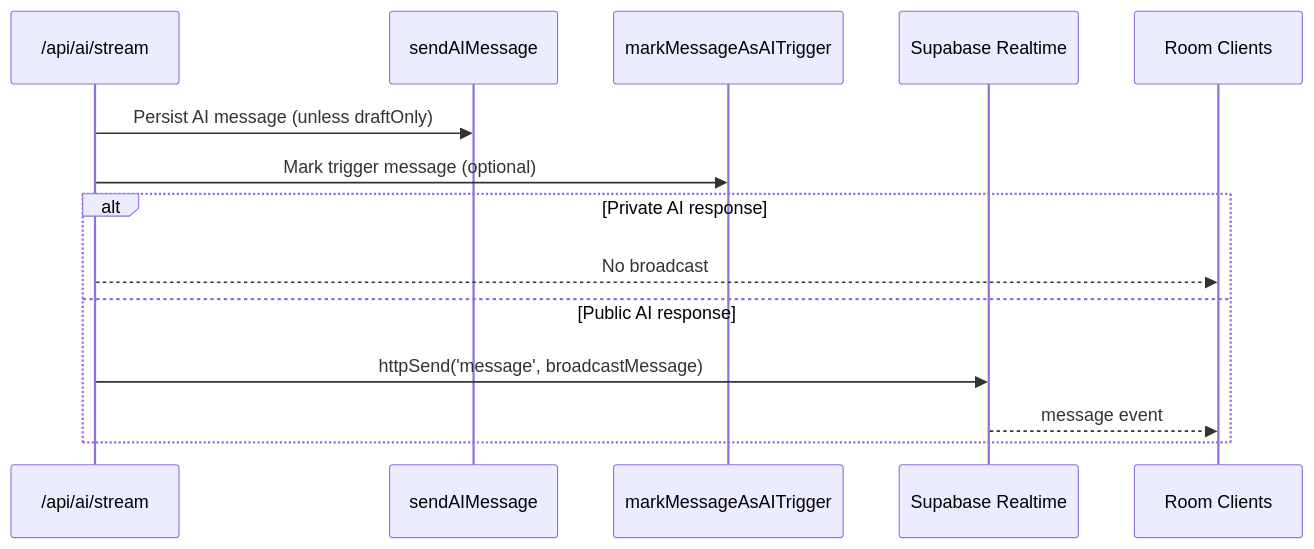
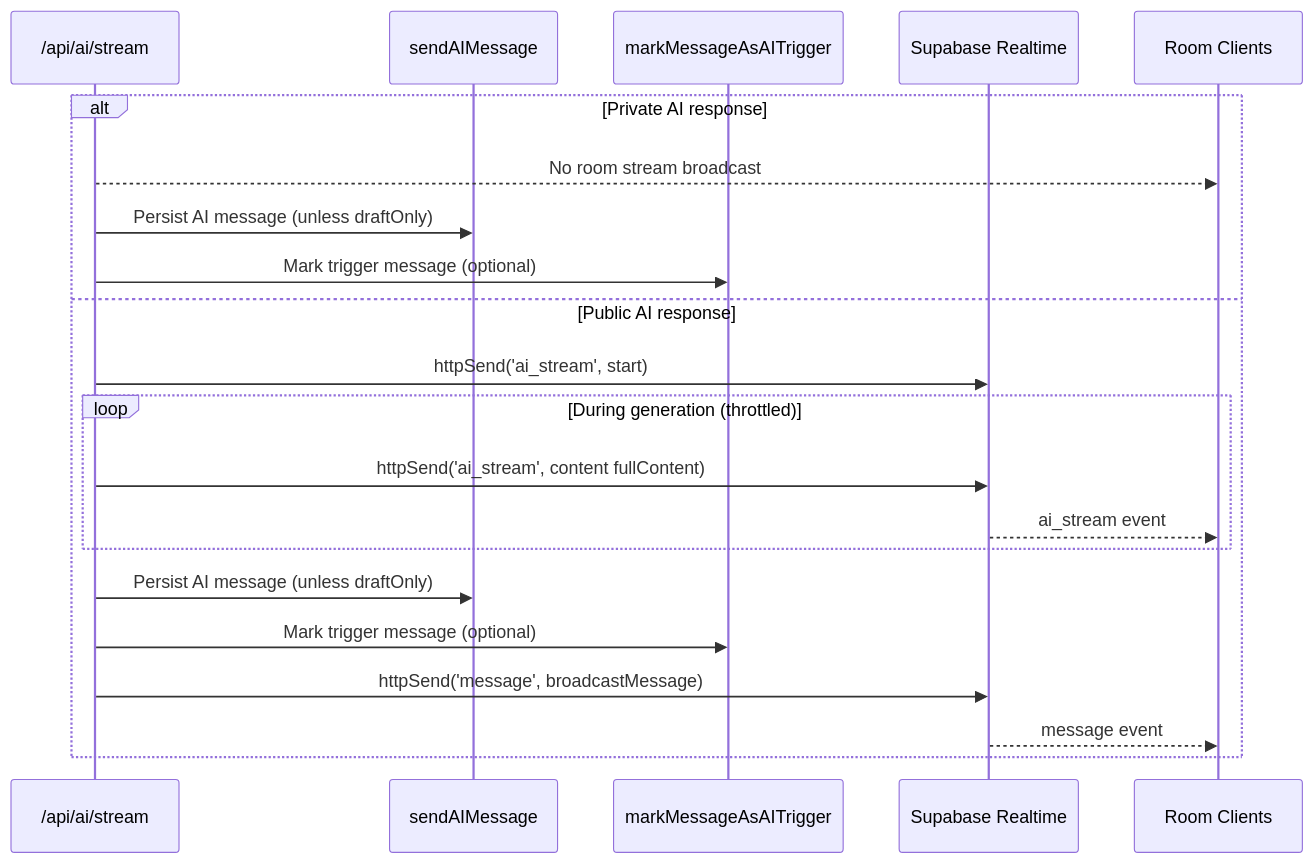
Before and after one commit to jtclarkjr/realtime-chat-react: the sixth of 7 diagrams in docs/AI_ASSISTANT_ARCHITECTURE.md, drawn with Mermaid. The commit also changed other lines of this file and 9 other files, not shown here.

Commit message:
refactor: stream ai response for non requester also not just broadcast

````diff
--- a/docs/AI_ASSISTANT_ARCHITECTURE.md
+++ b/docs/AI_ASSISTANT_ARCHITECTURE.md
@@ -270,18 +264,24 @@
 ```mermaid
 sequenceDiagram
     participant API as /api/ai/stream
     participant DB as sendAIMessage
     participant Trigger as markMessageAsAITrigger
     participant RT as Supabase Realtime
     participant Clients as Room Clients
 
-    API->>DB: Persist AI message (unless draftOnly)
-    API->>Trigger: Mark trigger message (optional)
-
     alt Private AI response
-        API-->>Clients: No broadcast
+        API-->>Clients: No room stream broadcast
+        API->>DB: Persist AI message (unless draftOnly)
+        API->>Trigger: Mark trigger message (optional)
     else Public AI response
+        API->>RT: httpSend('ai_stream', start)
+        loop During generation (throttled)
+            API->>RT: httpSend('ai_stream', content fullContent)
+            RT-->>Clients: ai_stream event
+        end
+        API->>DB: Persist AI message (unless draftOnly)
+        API->>Trigger: Mark trigger message (optional)
         API->>RT: httpSend('message', broadcastMessage)
         RT-->>Clients: message event
     end
 ```
````
